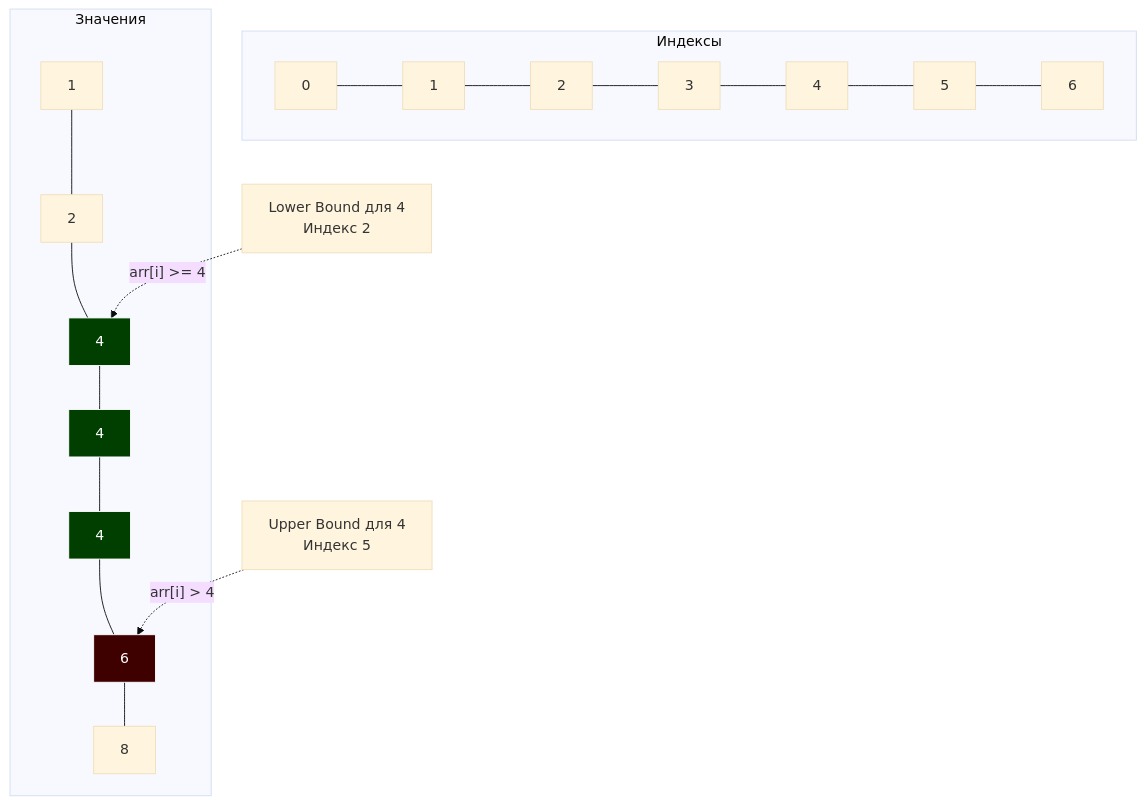
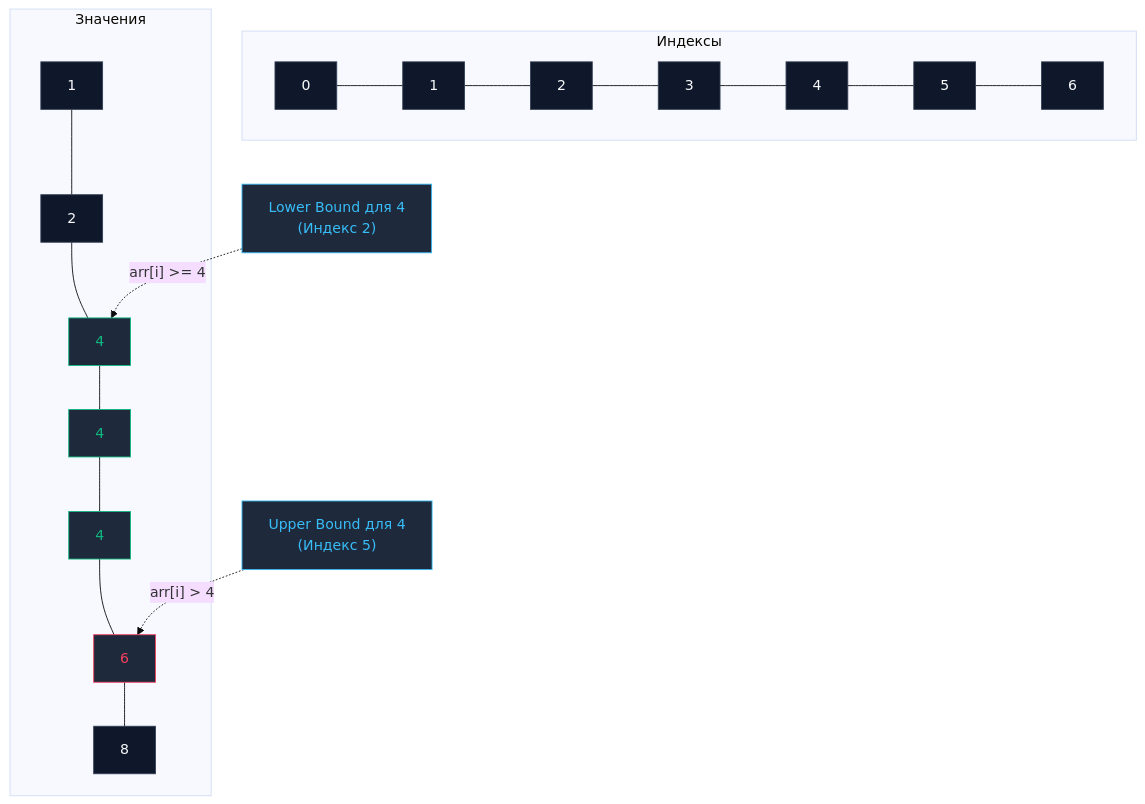
Before and after one commit to UnrealTemplier/go-textbook: the diagram in sources/20. Алгоритмы и структуры данных (DSA) на Go/09. Поиск и базовые алгоритмы/3. Lower bound, upper bound.md, drawn with Mermaid (base theme). The commit also changed other lines of this file, not shown here.

Commit message:
feat(module-20): editorial rewrite of 09.3 Lower bound in Kernighan style

````diff
--- a/sources/20. Алгоритмы и структуры данных (DSA) на Go/09. Поиск и базовые алгоритмы/3. Lower bound, upper bound.md
+++ b/sources/20. Алгоритмы и структуры данных (DSA) на Go/09. Поиск и базовые алгоритмы/3. Lower bound, upper bound.md
@@ -19,17 +22,22 @@
 ```mermaid
 flowchart TD
     subgraph Индексы
     I0["0"] --- I1["1"] --- I2["2"] --- I3["3"] --- I4["4"] --- I5["5"] --- I6["6"]
     end
     subgraph Значения
     V0["1"] --- V1["2"] --- V2["4"] --- V3["4"] --- V4["4"] --- V5["6"] --- V6["8"]
     end
     
-    LB["Lower Bound для 4<br>Индекс 2"] -.->|"arr[i] >= 4"| V2
-    UB["Upper Bound для 4<br>Индекс 5"] -.->|"arr[i] > 4"| V5
-    
-    style V2 fill:#003f00,stroke:#fff,color:#fff
-    style V3 fill:#003f00,stroke:#fff,color:#fff
-    style V4 fill:#003f00,stroke:#fff,color:#fff
-    style V5 fill:#3f0000,stroke:#fff,color:#fff
+    LB["Lower Bound для 4<br/>(Индекс 2)"] -.->|"arr[i] >= 4"| V2
+    UB["Upper Bound для 4<br/>(Индекс 5)"] -.->|"arr[i] > 4"| V5
+
+    classDef default fill:#0f172a,stroke:#334155,color:#f8fafc
+    classDef match fill:#1e293b,stroke:#10b981,color:#10b981
+    classDef boundary fill:#1e293b,stroke:#f43f5e,color:#f43f5e
+    classDef boundNode fill:#1e293b,stroke:#38bdf8,color:#38bdf8
+
+    class V0,V1,V6 default
+    class V2,V3,V4 match
+    class V5 boundary
+    class LB,UB boundNode
 ```
````
